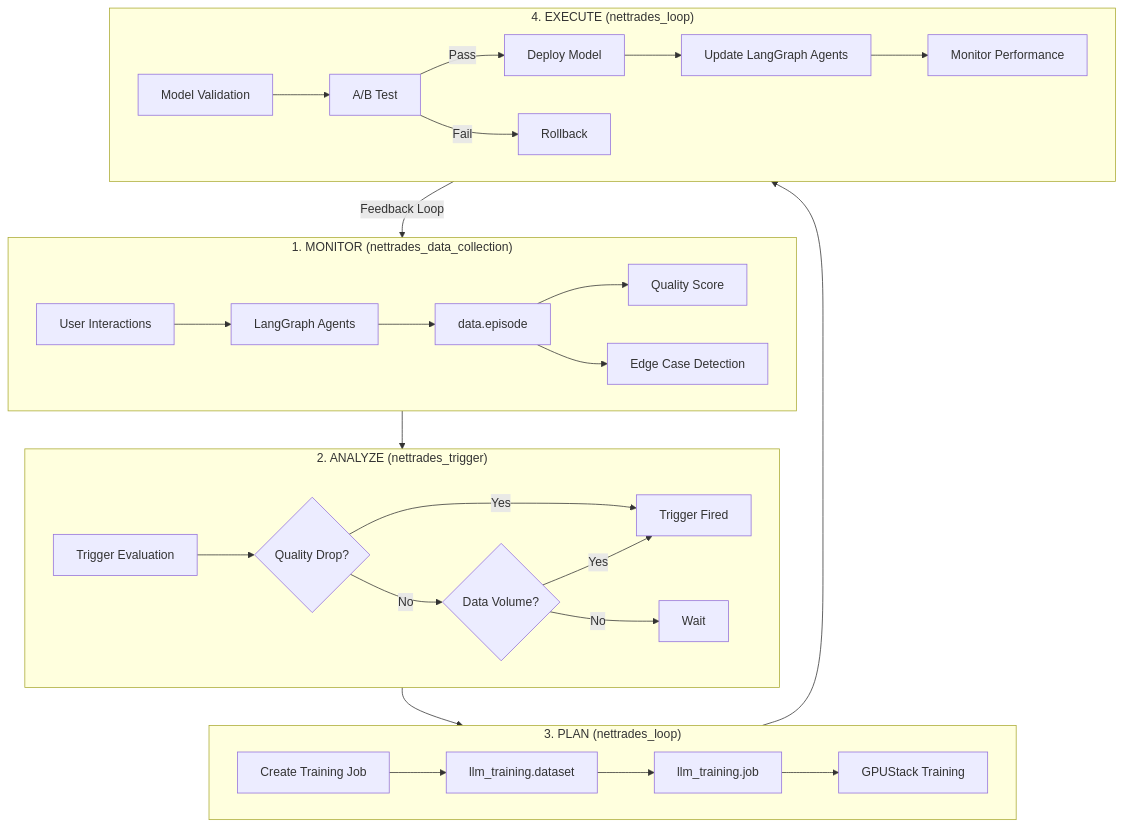
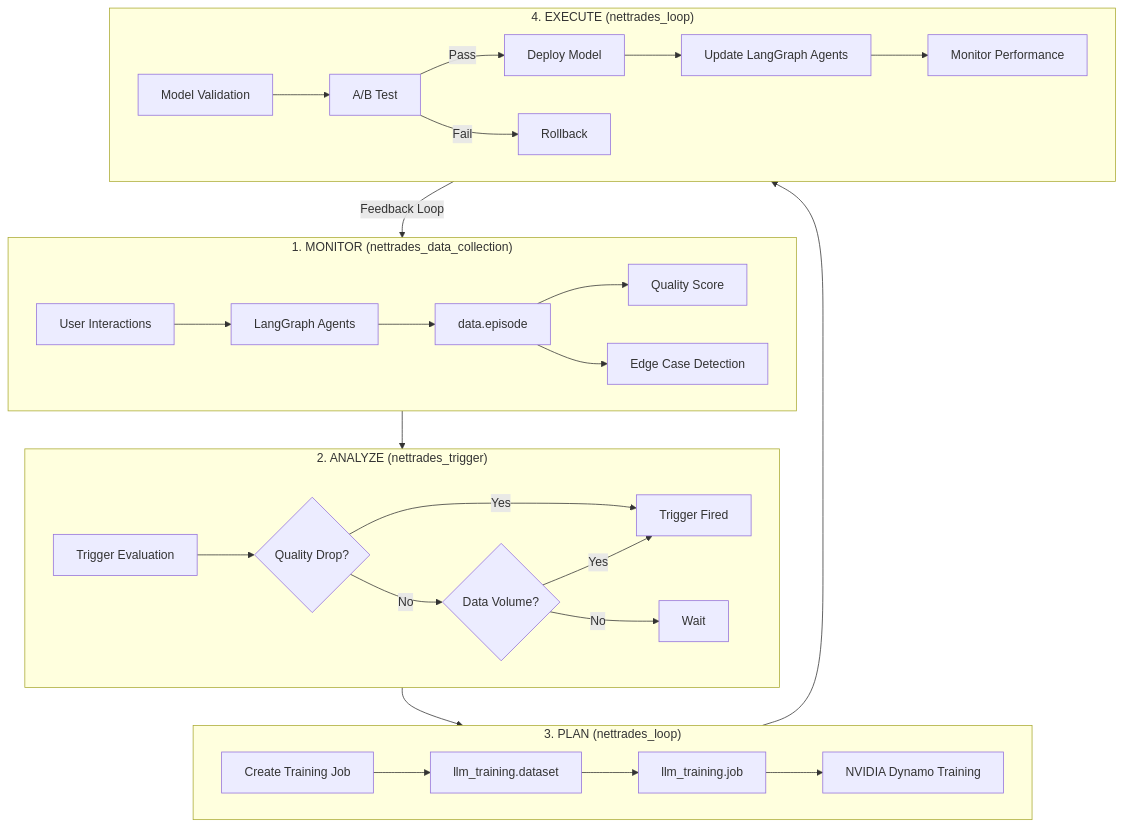
The fourth of 17 diagrams in README.md (nettrades/nettrades-platform), drawn with Mermaid before and after one commit. The commit also changed other lines of this file, not shown here.

Commit message:
removed GPUStack and replaced it with NVIDIA Dynamo

````diff
--- a/README.md
+++ b/README.md
@@ -988,36 +988,36 @@
 ```mermaid
 
 graph TD
     subgraph Monitor["1. MONITOR (nettrades_data_collection)"]
         A1["User Interactions"] --> A2["LangGraph Agents"]
         A2 --> A3["data.episode"]
         A3 --> A4["Quality Score"]
         A3 --> A5["Edge Case Detection"]
     end
 
     subgraph Analyze["2. ANALYZE (nettrades_trigger)"]
         B1["Trigger Evaluation"] --> B2{"Quality Drop?"}
         B2 -->|Yes| B3["Trigger Fired"]
         B2 -->|No| B4{"Data Volume?"}
         B4 -->|Yes| B3
         B4 -->|No| B5["Wait"]
     end
 
     subgraph Plan["3. PLAN (nettrades_loop)"]
         C1["Create Training Job"] --> C2["llm_training.dataset"]
         C2 --> C3["llm_training.job"]
-        C3 --> C4["GPUStack Training"]
+        C3 --> C4["NVIDIA Dynamo Training"]
     end
 
     subgraph Execute["4. EXECUTE (nettrades_loop)"]
         D1["Model Validation"] --> D2["A/B Test"]
         D2 -->|Pass| D3["Deploy Model"]
         D2 -->|Fail| D4["Rollback"]
         D3 --> D5["Update LangGraph Agents"]
         D5 --> D6["Monitor Performance"]
     end
 
     Monitor --> Analyze --> Plan --> Execute
     Execute -->|"Feedback Loop"| Monitor
 
 ```
````
